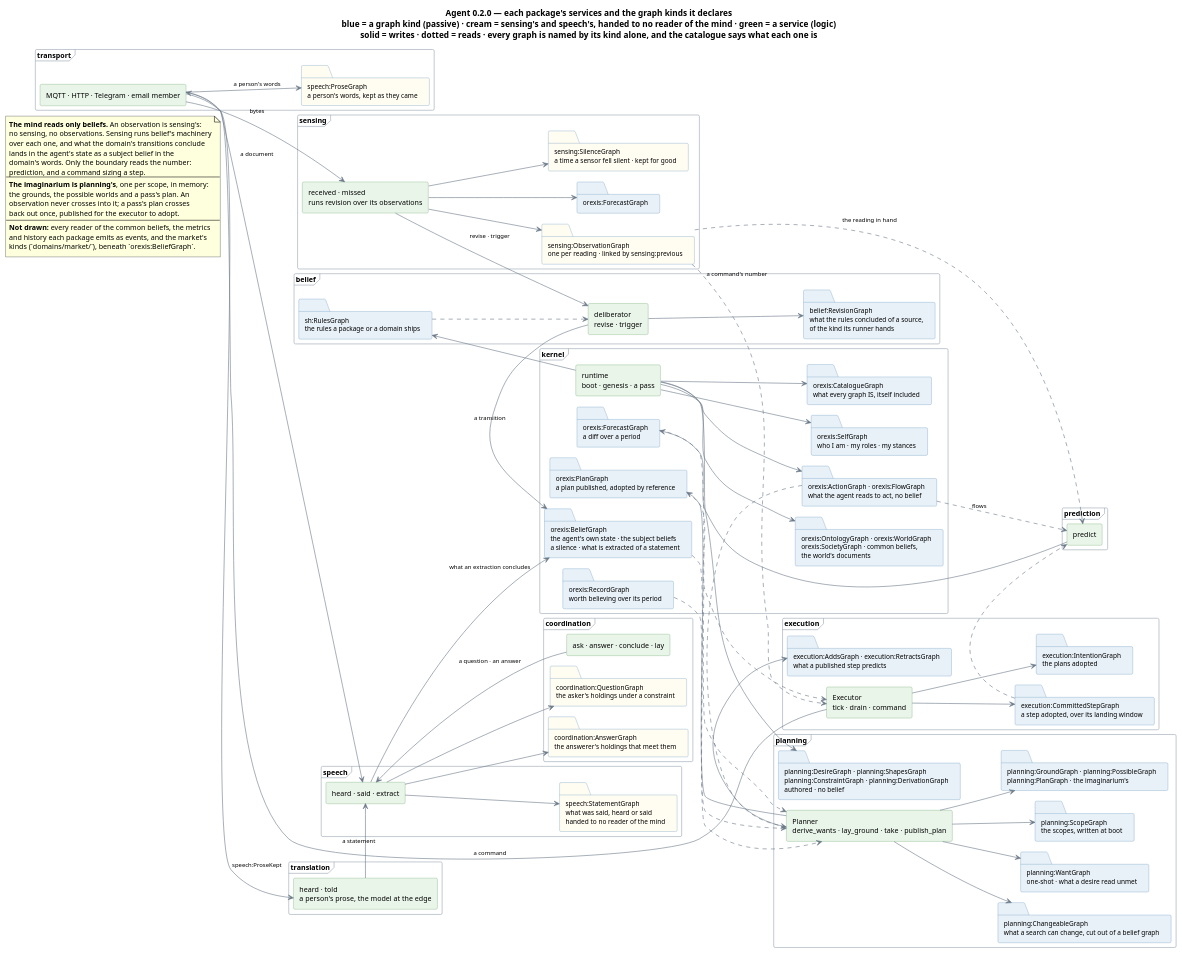
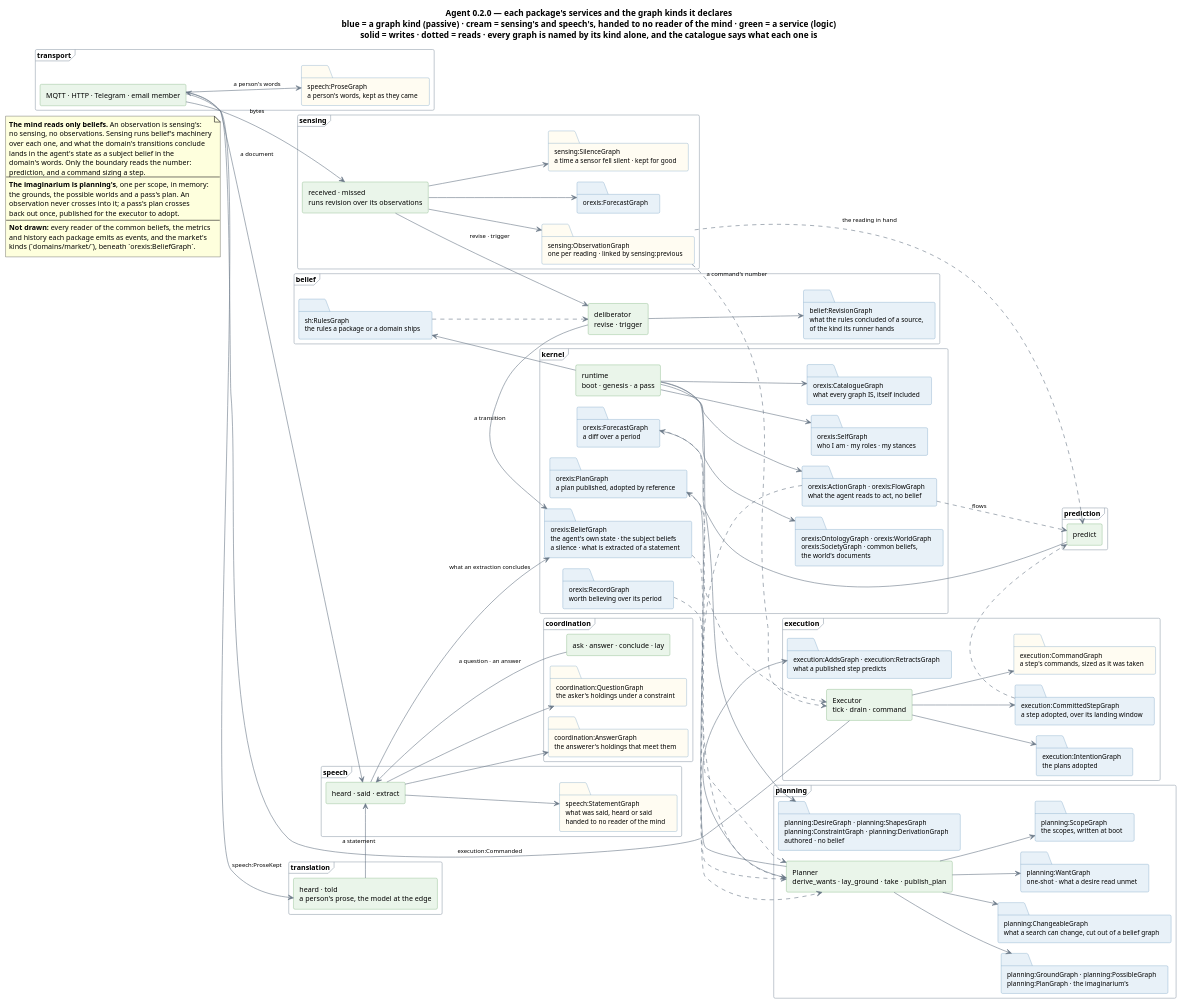
The diagram in knowledge/diagrams/agent-structure.puml (ShishkinDmitriy/orexis), drawn with PlantUML before and after one commit. The commit also changed 15 other files, not shown here.

```diff
--- a/knowledge/diagrams/agent-structure.puml
+++ b/knowledge/diagrams/agent-structure.puml
@@ -1,156 +1,158 @@
 @startuml agent-structure
 !pragma layout smetana
 title Agent 0.2.0 — each package's services and the graph kinds it declares\nblue = a graph kind (passive) · cream = sensing's and speech's, handed to no reader of the mind · green = a service (logic)\nsolid = writes · dotted = reads · every graph is named by its kind alone, and the catalogue says what each one is
 
 left to right direction
 skinparam componentStyle rectangle
 skinparam shadowing false
 skinparam defaultFontSize 12
 skinparam titleFontSize 14
 skinparam ArrowFontSize 10
 skinparam ArrowColor #6B7A88
 skinparam folder {
   BackgroundColor #E8F1F8
   BorderColor #5B8DB8
   FontSize 11
 }
 skinparam component {
   BackgroundColor #EAF5EA
   BorderColor #5E9E5E
 }
 skinparam frame {
   BorderColor #9AA5B1
   FontSize 12
 }
 
 frame "transport" {
   component "MQTT · HTTP · Telegram · email member" as TR
   folder "speech:ProseGraph\na person's words, kept as they came" as prs #FFFCF2
 }
 
 frame "sensing" {
   component "received · missed\nruns revision over its observations" as SEN
   folder "sensing:ObservationGraph\none per reading · linked by sensing:previous" as obs #FFFCF2
   folder "orexis:ForecastGraph" as fc
   folder "sensing:SilenceGraph\na time a sensor fell silent · kept for good" as sil #FFFCF2
 }
 
 frame "speech" {
   component "heard · said · extract" as SP
   folder "speech:StatementGraph\nwhat was said, heard or said\nhanded to no reader of the mind" as utt #FFFCF2
 }
 
 frame "translation" {
   component "heard · told\na person's prose, the model at the edge" as TRL
 }
 
 frame "coordination" {
   component "ask · answer · conclude · lay" as CO
   folder "coordination:QuestionGraph\nthe asker's holdings under a constraint" as que #FFFCF2
   folder "coordination:AnswerGraph\nthe answerer's holdings that meet them" as ans #FFFCF2
 }
 
 frame "belief" {
   component "deliberator\nrevise · trigger" as DEL
   folder "belief:RevisionGraph\nwhat the rules concluded of a source,\nof the kind its runner hands" as rev
   folder "sh:RulesGraph\nthe rules a package or a domain ships" as rules
 }
 
 frame "kernel" {
   component "runtime\nboot · genesis · a pass" as RT
   folder "orexis:CatalogueGraph\nwhat every graph IS, itself included" as cat
   folder "orexis:OntologyGraph · orexis:WorldGraph\norexis:SocietyGraph · common beliefs,\nthe world's documents" as pub
   folder "orexis:ActionGraph · orexis:FlowGraph\nwhat the agent reads to act, no belief" as acts
   folder "orexis:SelfGraph\nwho I am · my roles · my stances" as self
   folder "orexis:BeliefGraph\nthe agent's own state · the subject beliefs\na silence · what is extracted of a statement" as st
   folder "orexis:ForecastGraph\na diff over a period" as pr
   folder "orexis:PlanGraph\na plan published, adopted by reference" as plan
   folder "orexis:RecordGraph\nworth believing over its period" as rec
 }
 
 frame "prediction" {
   component "predict" as PRE
 }
 
 frame "planning" {
   component "Planner\nderive_wants · lay_ground · take · publish_plan" as PL
   folder "planning:DesireGraph · planning:ShapesGraph\nplanning:ConstraintGraph · planning:DerivationGraph\nauthored · no belief" as des
   folder "planning:WantGraph\none-shot · what a desire read unmet" as want
   folder "planning:ScopeGraph\nthe scopes, written at boot" as scope
   folder "planning:GroundGraph · planning:PossibleGraph\nplanning:PlanGraph · the imaginarium's" as img
   folder "planning:ChangeableGraph\nwhat a search can change, cut out of a belief graph" as cut
 }
 
 frame "execution" {
   component "Executor\ntick · drain · command" as EX
   folder "execution:IntentionGraph\nthe plans adopted" as int
   folder "execution:CommittedStepGraph\na step adopted, over its landing window" as cs
   folder "execution:AddsGraph · execution:RetractsGraph\nwhat a published step predicts" as diff
+  folder "execution:CommandGraph\na step's commands, sized as it was taken" as cmd #FFFCF2
 }
 
 ' ───────────────────────── who writes what ─────────────────────────
 
 RT  --> cat
 RT  --> pub
 RT  --> acts
 RT  --> self
 RT  --> des
 RT  --> rules
 TR  --> prs : a person's words
 TR  --> TRL : speech:ProseKept
 TRL --> SP : a statement
 TR  --> SEN : bytes
 TR  --> SP : a document
 SEN --> obs
 SEN --> fc
 SEN --> sil
 SEN --> DEL : revise · trigger
 DEL --> rev
 DEL --> st : a transition
 SP  --> utt
 SP  --> st : what an extraction concludes
 CO  --> SP : a question · an answer
 SP  --> que
 SP  --> ans
 PRE --> pr
 PL  --> scope
 PL  --> want
 PL  --> img
 PL  --> cut
 PL  --> plan
 PL  --> diff
 EX  --> int
 EX  --> cs
-EX  --> TR : a command
+EX  --> cmd
+EX  --> TR : execution:Commanded
 
 ' ───────────────────────── who reads what ─────────────────────────
 
 obs ..> PRE : the reading in hand
 obs ..> EX : a command's number
 cs  ..> PRE
 st  ..> PL
 pr  ..> PL
 rec ..> PL
 plan ..> EX
 rules ..> DEL
 acts ..> PL
 acts ..> PRE : flows
 
 note as N1
   **The mind reads only beliefs.** An observation is sensing's:
   no sensing, no observations. Sensing runs belief's machinery
   over each one, and what the domain's transitions conclude
   lands in the agent's state as a subject belief in the
   domain's words. Only the boundary reads the number:
   prediction, and a command sizing a step.
   ----
   **The imaginarium is planning's**, one per scope, in memory:
   the grounds, the possible worlds and a pass's plan. An
   observation never crosses into it; a pass's plan crosses
   back out once, published for the executor to adopt.
   ----
   **Not drawn:** every reader of the common beliefs, the metrics
   and history each package emits as events, and the market's
   kinds (`domains/market/`), beneath `orexis:BeliefGraph`.
 end note
 @enduml
```
